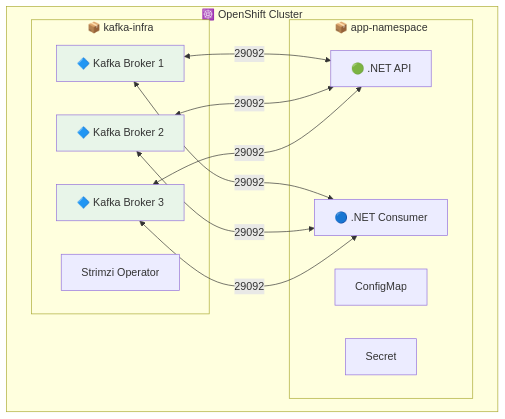
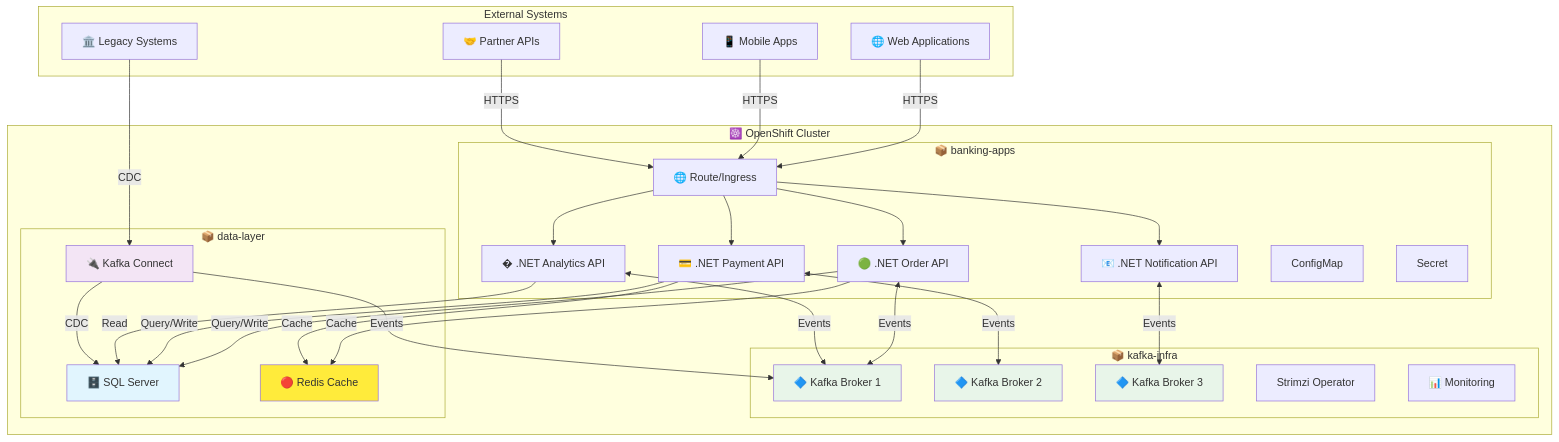
The diagram in formation-v2/00-overview/DEPLOYMENT-OPENSHIFT.md (msellamiTN/kafka-bhf), drawn with Mermaid before and after one commit. The commit also changed other lines of this file and 24 other files, not shown here.

Commit message:
ajouté les exemples SQL Server + CDC et la documentation C4 Models demandés pour enrichir le programme et le rendre parfaitement aligné avec le profil Senior .NET Core

````diff
--- a/formation-v2/00-overview/DEPLOYMENT-OPENSHIFT.md
+++ b/formation-v2/00-overview/DEPLOYMENT-OPENSHIFT.md
@@ -15,25 +15,67 @@
 ```mermaid
 flowchart TB
+    subgraph External["External Systems"]
+        WEB["🌐 Web Applications"]
+        MOBILE["📱 Mobile Apps"]
+        PARTNER["🤝 Partner APIs"]
+        LEGACY["🏛️ Legacy Systems"]
+    end
+    
     subgraph OpenShift["☸️ OpenShift Cluster"]
         subgraph NS1["📦 kafka-infra"]
             K1["🔷 Kafka Broker 1"]
             K2["🔷 Kafka Broker 2"]
             K3["🔷 Kafka Broker 3"]
             ZK["Strimzi Operator"]
+            MONITOR["📊 Monitoring"]
         end
         
-        subgraph NS2["📦 app-namespace"]
-            API["🟢 .NET API"]
-            CONS["🔵 .NET Consumer"]
+        subgraph NS2["📦 banking-apps"]
+            API["🟢 .NET Order API"]
+            PAYMENT["💳 .NET Payment API"]
+            NOTIF["📧 .NET Notification API"]
+            ANALYTICS["� .NET Analytics API"]
             CFG["ConfigMap"]
             SEC["Secret"]
+            INGRESS["🌐 Route/Ingress"]
         end
         
-        K1 & K2 & K3 <-->|"29092"| API
-        K1 & K2 & K3 <-->|"29092"| CONS
+        subgraph NS3["📦 data-layer"]
+            SQL["🗄️ SQL Server"]
+            REDIS["🔴 Redis Cache"]
+            CONNECT["🔌 Kafka Connect"]
+        end
     end
+    
+    WEB -->|HTTPS| INGRESS
+    MOBILE -->|HTTPS| INGRESS
+    PARTNER -->|HTTPS| INGRESS
+    LEGACY -->|CDC| CONNECT
+    
+    INGRESS --> API
+    INGRESS --> PAYMENT
+    INGRESS --> NOTIF
+    INGRESS --> ANALYTICS
+    
+    API <-->|Events| K1
+    PAYMENT <-->|Events| K2
+    NOTIF <-->|Events| K3
+    ANALYTICS <-->|Events| K1
+    
+    API -->|Query/Write| SQL
+    PAYMENT -->|Query/Write| SQL
+    ANALYTICS -->|Read| SQL
+    
+    API -->|Cache| REDIS
+    PAYMENT -->|Cache| REDIS
+    
+    CONNECT -->|CDC| SQL
+    CONNECT -->|Events| K1
     
     style K1 fill:#e8f5e9
     style K2 fill:#e8f5e9
     style K3 fill:#e8f5e9
+    style SQL fill:#e1f5fe
+    style REDIS fill:#ffeb3b
+    style CONNECT fill:#f3e5f5
 ```
````
